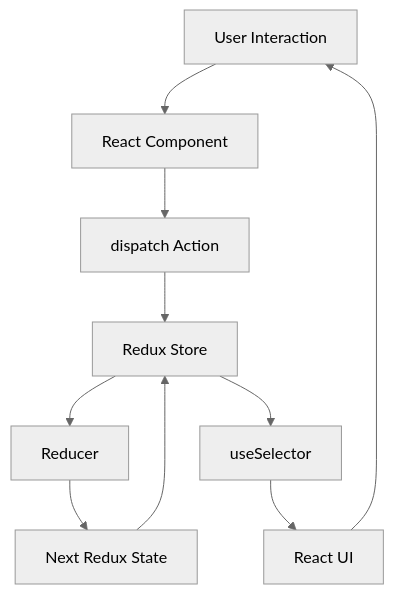
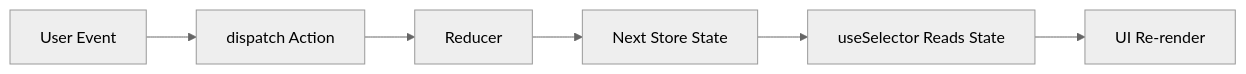
The diagram in tutorial-platform/public/tutorials/react/day-050-redux-concepts.md (kaushalkumar8459/CodingTerminal-Tutorial-Notes), drawn with Mermaid (neutral theme) before and after one commit. The commit also changed other lines of this file, not shown here.

````diff
--- a/tutorial-platform/public/tutorials/react/day-050-redux-concepts.md
+++ b/tutorial-platform/public/tutorials/react/day-050-redux-concepts.md
@@ -398,12 +254,8 @@
 ```mermaid
-flowchart TD
-  A[User Interaction] --> B[React Component]
-  B --> C[dispatch Action]
-  C --> D[Redux Store]
-  D --> E[Reducer]
-  E --> F[Next Redux State]
-  F --> D
-  D --> G[useSelector]
-  G --> H[React UI]
-  H --> A
+flowchart LR
+  A[User Event] --> B[dispatch Action]
+  B --> C[Reducer]
+  C --> D[Next Store State]
+  D --> E[useSelector Reads State]
+  E --> F[UI Re-render]
 ```
````
